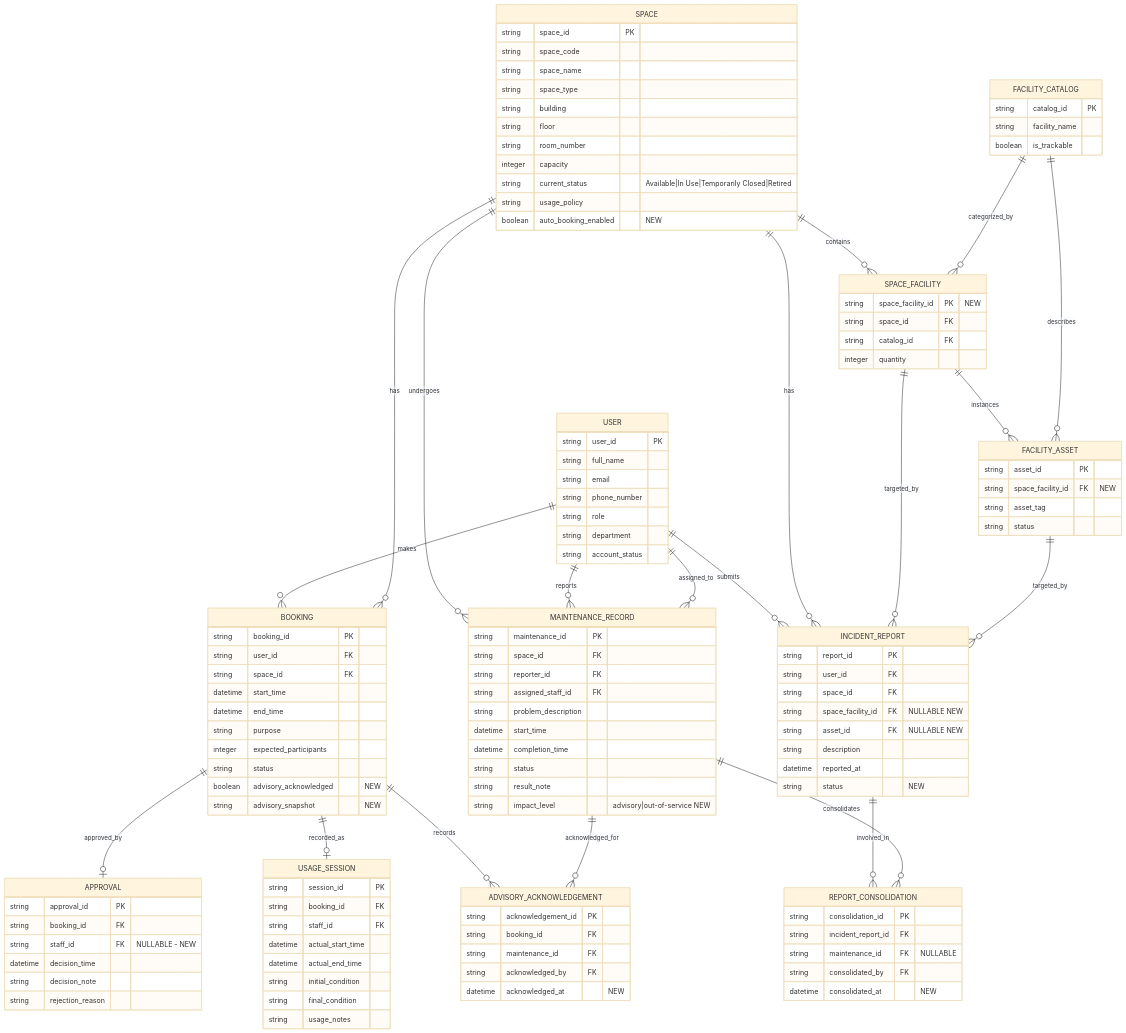
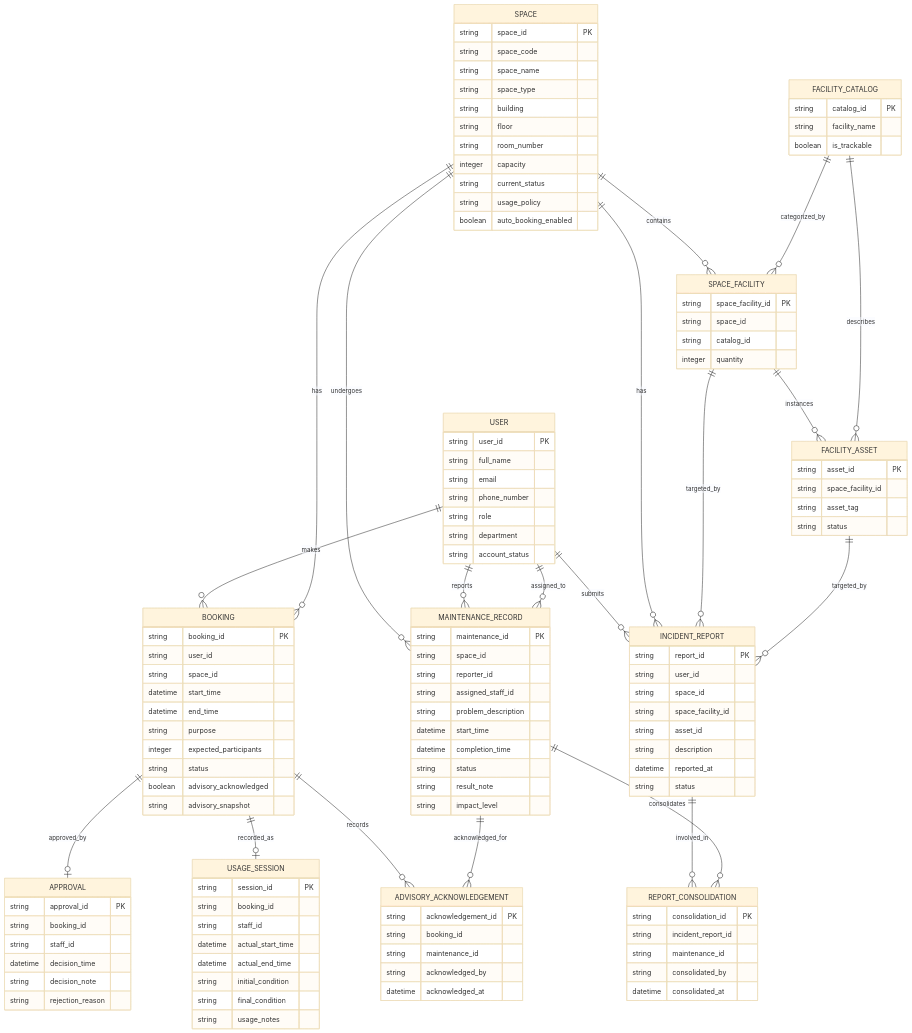
Before and after one commit to Tnina2612/CS486-Campus-Space-Management-System: the diagram in outputs/09-updated-erd-and-logical-design-G11.md, drawn with Mermaid (base theme).

Commit message:
Final of final of final of final

````diff
--- a/outputs/09-updated-erd-and-logical-design-G11.md
+++ b/outputs/09-updated-erd-and-logical-design-G11.md
@@ -100,9 +100,9 @@
         string floor
         string room_number
         integer capacity
-        string current_status "Available|In Use|Temporarily Closed|Retired"
+        string current_status
         string usage_policy
-        boolean auto_booking_enabled "NEW"
+        boolean auto_booking_enabled
     }
     FACILITY_CATALOG {
         string catalog_id PK
@@ -110,41 +110,41 @@
         boolean is_trackable
     }
     SPACE_FACILITY {
-        string space_facility_id PK "NEW"
-        string space_id FK
-        string catalog_id FK
+        string space_facility_id PK
+        string space_id
+        string catalog_id
         integer quantity
     }
     FACILITY_ASSET {
         string asset_id PK
-        string space_facility_id FK "NEW"
+        string space_facility_id
         string asset_tag
         string status
     }
     BOOKING {
         string booking_id PK
-        string user_id FK
-        string space_id FK
+        string user_id
+        string space_id
         datetime start_time
         datetime end_time
         string purpose
         integer expected_participants
         string status
-        boolean advisory_acknowledged "NEW"
-        string advisory_snapshot "NEW"
+        boolean advisory_acknowledged
+        string advisory_snapshot
     }
     APPROVAL {
         string approval_id PK
-        string booking_id FK
-        string staff_id FK "NULLABLE - NEW"
+        string booking_id
+        string staff_id
         datetime decision_time
         string decision_note
         string rejection_reason
     }
     USAGE_SESSION {
         string session_id PK
-        string booking_id FK
-        string staff_id FK
+        string booking_id
+        string staff_id
         datetime actual_start_time
         datetime actual_end_time
         string initial_condition
@@ -153,38 +153,38 @@
     }
     MAINTENANCE_RECORD {
         string maintenance_id PK
-        string space_id FK
-        string reporter_id FK
-        string assigned_staff_id FK
+        string space_id
+        string reporter_id
+        string assigned_staff_id
         string problem_description
         datetime start_time
         datetime completion_time
         string status
         string result_note
-        string impact_level "advisory|out-of-service NEW"
+        string impact_level
     }
     INCIDENT_REPORT {
         string report_id PK
-        string user_id FK
-        string space_id FK
-        string space_facility_id FK "NULLABLE NEW"
-        string asset_id FK "NULLABLE NEW"
+        string user_id
+        string space_id
+        string space_facility_id
+        string asset_id
         string description
         datetime reported_at
-        string status "NEW"
+        string status
     }
     REPORT_CONSOLIDATION {
         string consolidation_id PK
-        string incident_report_id FK
-        string maintenance_id FK "NULLABLE"
-        string consolidated_by FK
-        datetime consolidated_at "NEW"
+        string incident_report_id
+        string maintenance_id
+        string consolidated_by
+        datetime consolidated_at
     }
     ADVISORY_ACKNOWLEDGEMENT {
         string acknowledgement_id PK
-        string booking_id FK
-        string maintenance_id FK
-        string acknowledged_by FK
-        datetime acknowledged_at "NEW"
+        string booking_id
+        string maintenance_id
+        string acknowledged_by
+        datetime acknowledged_at
     }
 ```
````
